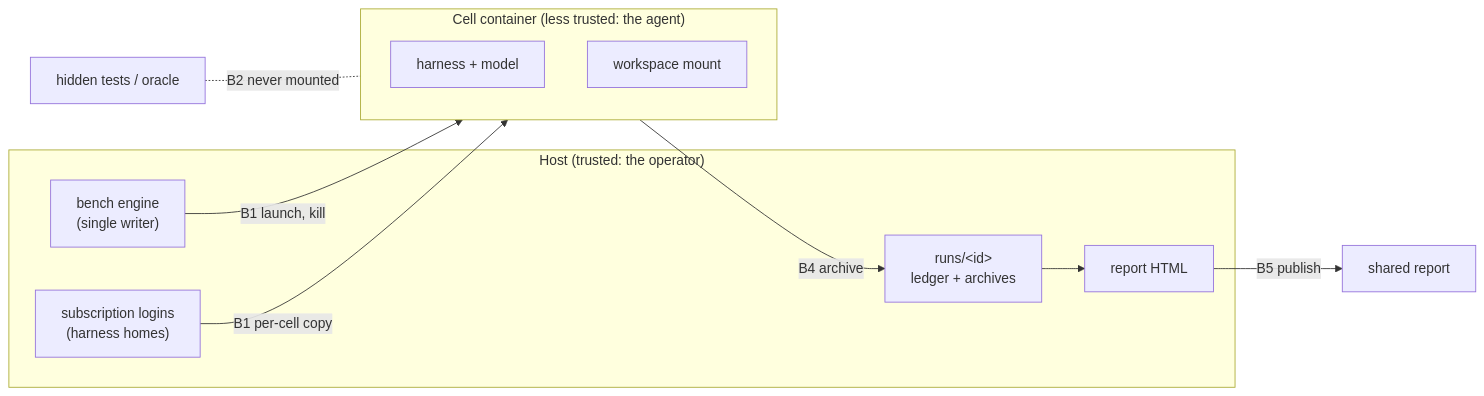
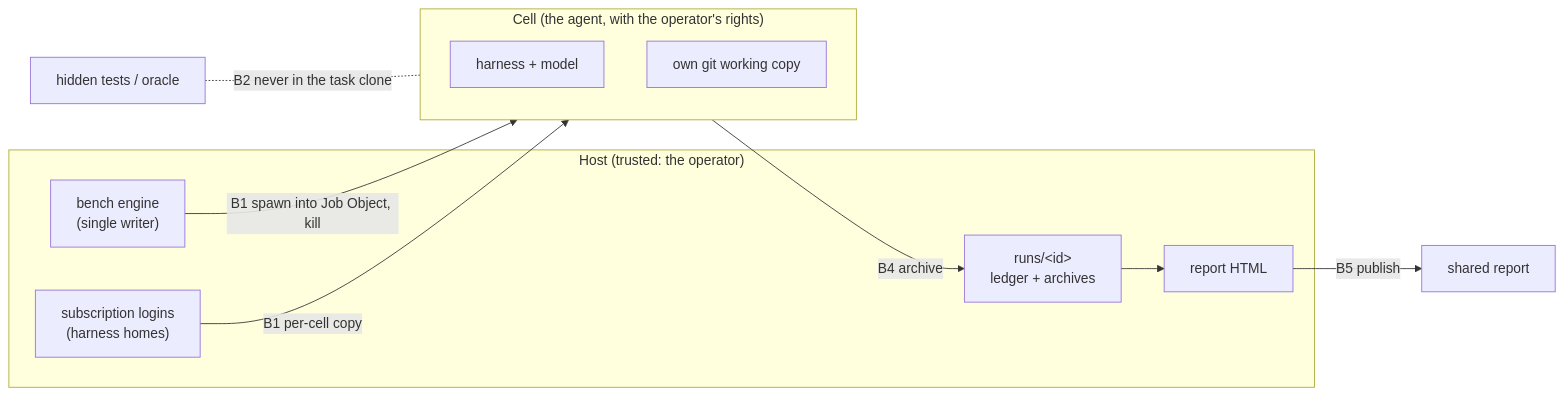
One commit to timianmalloo/x-harness-x-model-bench changed the diagram in docs/security/threat-model.md. Above: the diagram before and after it, drawn with Mermaid. The commit also changed other lines of this file and 23 other files, not shown here.

First line of the commit message:
docs: ADR-0013 - cells run natively, each in its own working copy (supersedes ADR-0001)

````diff
--- a/docs/security/threat-model.md
+++ b/docs/security/threat-model.md
@@ -38,20 +39,20 @@
 ```mermaid
 flowchart LR
   subgraph Host["Host (trusted: the operator)"]
     Engine["bench engine\n(single writer)"]
     Runs["runs/&lt;id&gt;\nledger + archives"]
     Creds["subscription logins\n(harness homes)"]
     Report["report HTML"]
   end
-  subgraph Cell["Cell container (less trusted: the agent)"]
+  subgraph Cell["Cell (the agent, with the operator's rights)"]
     Agent["harness + model"]
-    WS["workspace mount"]
+    WS["own git working copy"]
   end
   Oracle["hidden tests / oracle"]
-  Engine -- "B1 launch, kill" --> Cell
+  Engine -- "B1 spawn into Job Object, kill" --> Cell
   Creds -- "B1 per-cell copy" --> Cell
   Cell -- "B4 archive" --> Runs
-  Oracle -. "B2 never mounted" .- Cell
+  Oracle -. "B2 never in the task clone" .- Cell
   Runs --> Report
   Report -- "B5 publish" --> Shared["shared report"]
 ```
````
